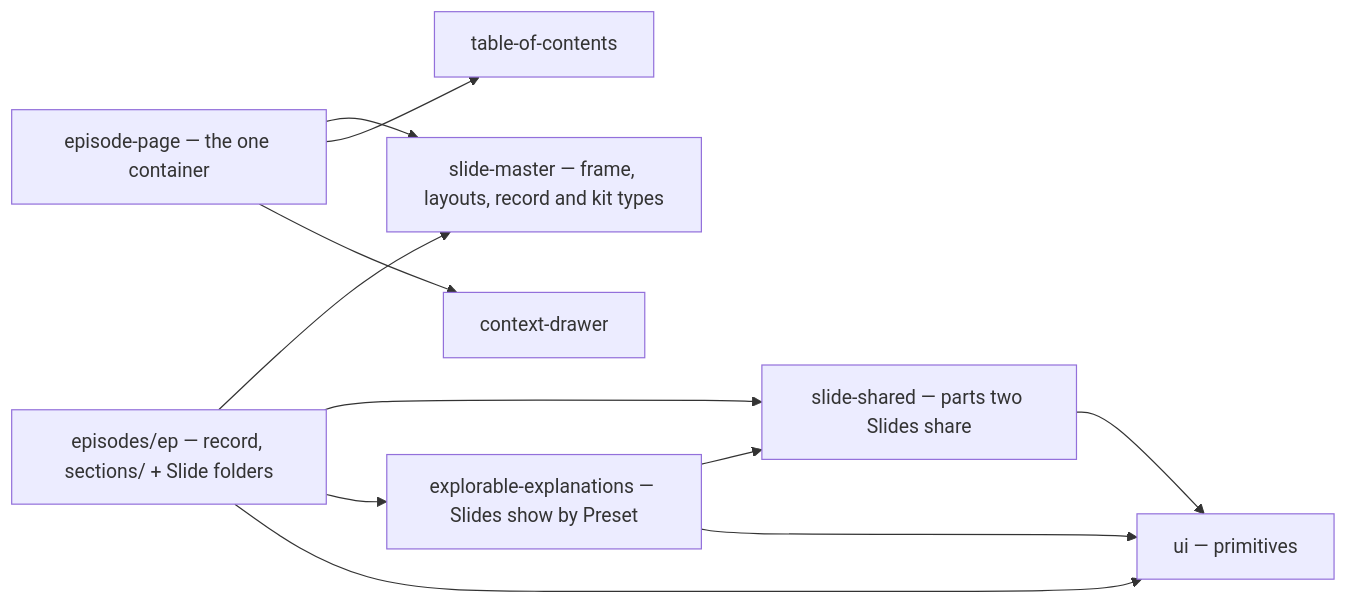
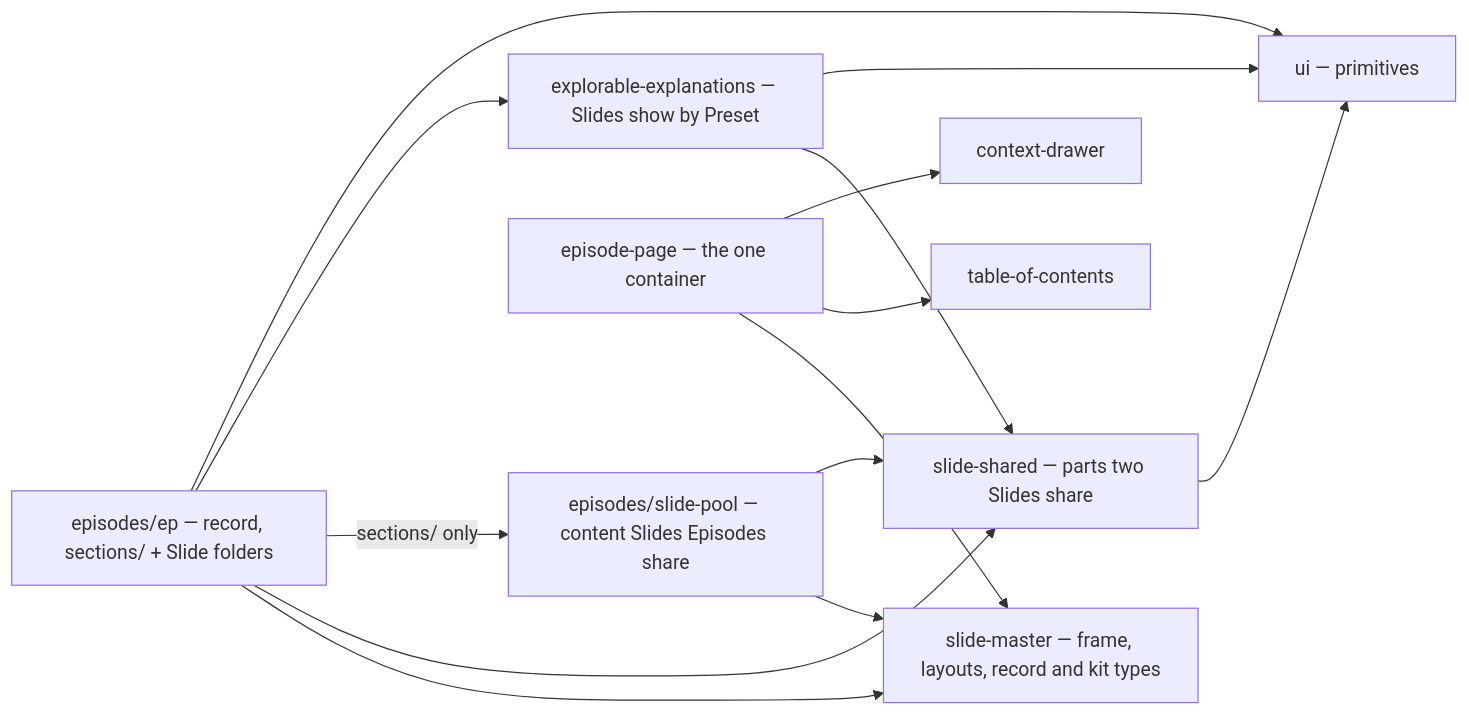
One commit to hancrafted/content-library changed the second of 5 diagrams in .archgate/adrs/FE-004-slide-architecture.md. Above: the diagram before and after it, drawn with Mermaid. The commit also changed other lines of this file and 132 other files, not shown here.

````diff
--- a/.archgate/adrs/FE-004-slide-architecture.md
+++ b/.archgate/adrs/FE-004-slide-architecture.md
@@ -33,13 +33,16 @@
 ```mermaid
 flowchart LR
   ep["episodes/ep — record, sections/ + Slide folders"] --> master["slide-master — frame, layouts, record and kit types"]
   ep --> shared["slide-shared — parts two Slides share"]
+  ep -- "sections/ only" --> pool["episodes/slide-pool — content Slides Episodes share"]
+  pool --> master
+  pool --> shared
   ep --> explain["explorable-explanations — Slides show by Preset"]
   explain --> shared
   explain --> ui
   ep --> ui["ui — primitives"]
   shared --> ui
   container["episode-page — the one container"] --> master
   container --> toc["table-of-contents"]
   container --> drawer["context-drawer"]
 ```
````
